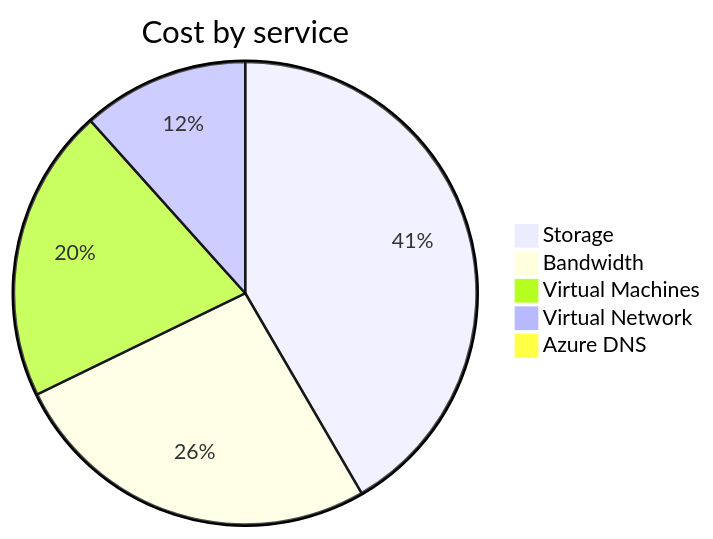
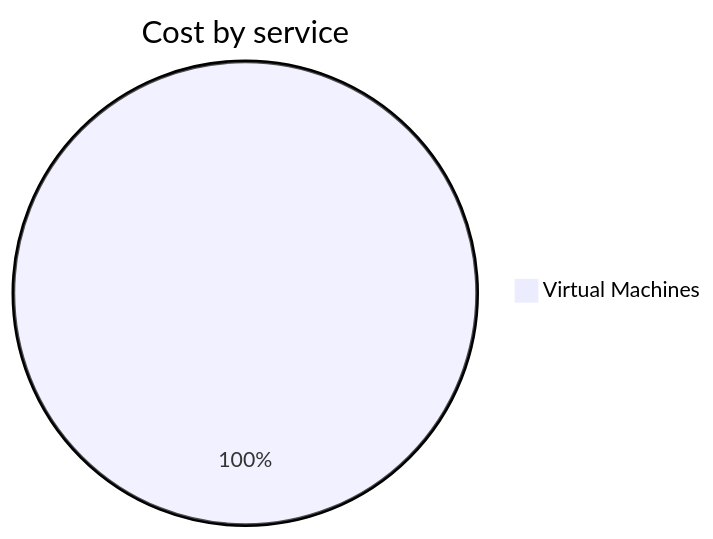
One commit to jpfulton/azure-personal-reports changed the second of 4 diagrams in cost-reports/personal-network/README.md. Above: the diagram before and after it, drawn with Mermaid. The commit also changed other lines of this file and 8 other files, not shown here.

````diff
--- a/cost-reports/personal-network/README.md
+++ b/cost-reports/personal-network/README.md
@@ -99,9 +91,5 @@
 ```mermaid
 pie
    title Cost by service
-   "Storage" : 25.21
-   "Bandwidth" : 15.86
-   "Virtual Machines" : 12.46
-   "Virtual Network" : 7.05
-   "Azure DNS" : 0.47
+   "Virtual Machines" : 0.07
 ```
````
